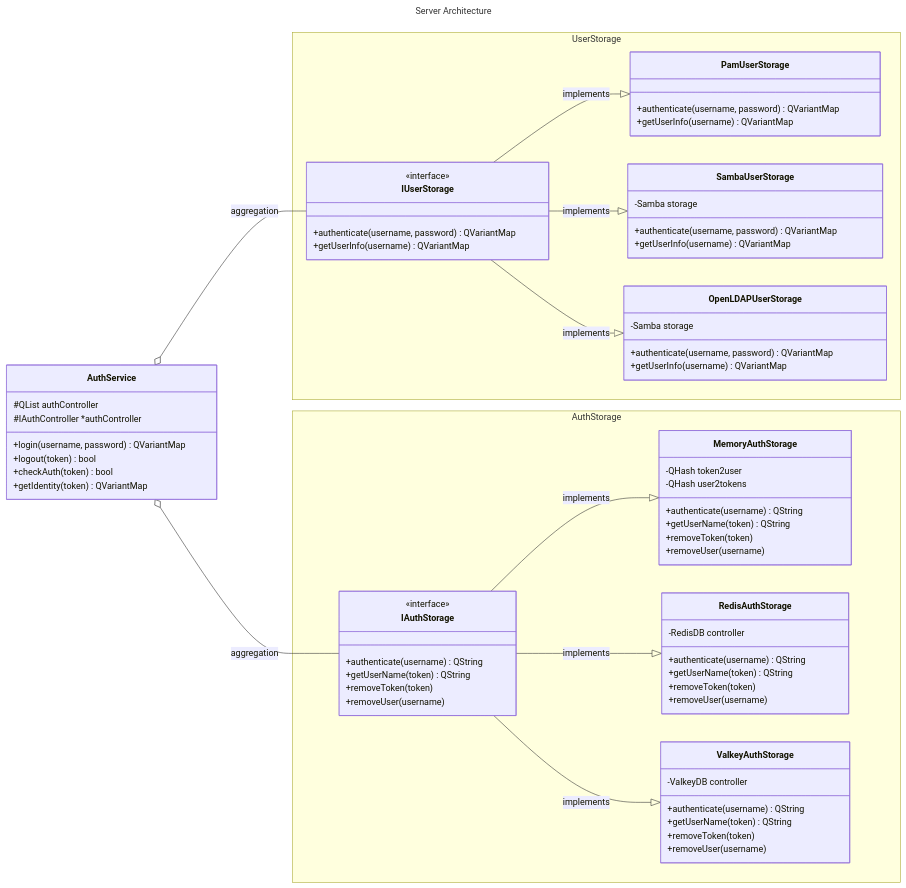
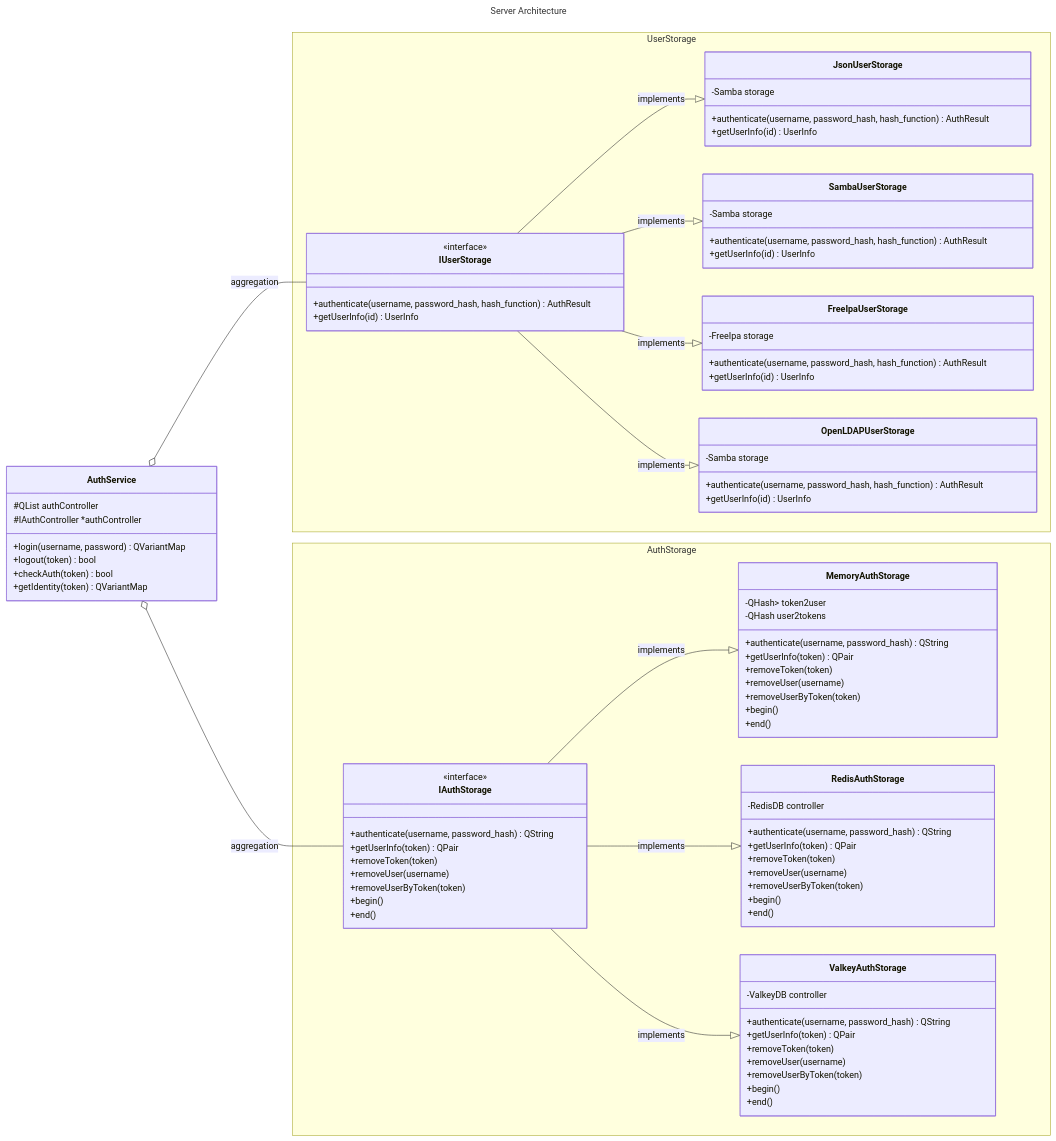
One commit to kiper220-alt/jrpc_auth changed the diagram in WIP.MD. Above: the diagram before and after it, drawn with Mermaid. The commit also changed 1 other file, not shown here.

Commit message:
wip: progress №1

````diff
--- a/WIP.MD
+++ b/WIP.MD
@@ -125,54 +125,72 @@
     namespace User Storage {
         class IUserStorage {
             <<interface>>
-            +authenticate(username, password) QVariantMap
-            +getUserInfo(username) QVariantMap
+            +authenticate(username, password_hash, hash_function) AuthResult
+            +getUserInfo(id) UserInfo
         }
-        class PamUserStorage {
-            +authenticate(username, password) QVariantMap
-            +getUserInfo(username) QVariantMap
+        class JsonUserStorage {
+            -Samba storage
+            +authenticate(username, password_hash, hash_function) AuthResult
+            +getUserInfo(id) UserInfo
         }
         class SambaUserStorage {
             -Samba storage
-            +authenticate(username, password) QVariantMap
-            +getUserInfo(username) QVariantMap
+            +authenticate(username, password_hash, hash_function) AuthResult
+            +getUserInfo(id) UserInfo
+        }
+        class FreeIpaUserStorage {
+            -FreeIpa storage
+            +authenticate(username, password_hash, hash_function) AuthResult
+            +getUserInfo(id) UserInfo
         }
         class OpenLDAPUserStorage {
             -Samba storage
-            +authenticate(username, password) QVariantMap
-            +getUserInfo(username) QVariantMap
+            +authenticate(username, password_hash, hash_function) AuthResult
+            +getUserInfo(id) UserInfo
         }
     }
 
     namespace Auth Storage {
         class IAuthStorage {
             <<interface>>
-            +authenticate(username) QString
-            +getUserName(token) QString
+            +authenticate(username, password_hash) QString
+            +getUserInfo(token) QPair<QString, QString>
             +removeToken(token)
             +removeUser(username)
+            +removeUserByToken(token)
+            +begin()
+            +end()
         }
         class MemoryAuthStorage {
-            -QHash<QString, QString> token2user
+            -QHash<QString, QPair<QString, QString>> token2user
             -QHash<QString, QStringList> user2tokens
-            +authenticate(username) QString
-            +getUserName(token) QString
+            +authenticate(username, password_hash) QString
+            +getUserInfo(token) QPair<QString, QString>
             +removeToken(token)
             +removeUser(username)
+            +removeUserByToken(token)
+            +begin()
+            +end()
         }
         class RedisAuthStorage {
             -RedisDB controller
-            +authenticate(username) QString
-            +getUserName(token) QString
+            +authenticate(username, password_hash) QString
+            +getUserInfo(token) QPair<QString, QString>
             +removeToken(token)
             +removeUser(username)
+            +removeUserByToken(token)
+            +begin()
+            +end()
         }
         class ValkeyAuthStorage {
             -ValkeyDB controller
-            +authenticate(username) QString
-            +getUserName(token) QString
+            +authenticate(username, password_hash) QString
+            +getUserInfo(token) QPair<QString, QString>
             +removeToken(token)
             +removeUser(username)
+            +removeUserByToken(token)
+            +begin()
+            +end()
         }
     }
 
@@ -181,7 +199,8 @@
     IAuthStorage --|> MemoryAuthStorage: implements
     IAuthStorage --|> RedisAuthStorage: implements
     IAuthStorage --|> ValkeyAuthStorage: implements
-    IUserStorage --|> PamUserStorage: implements
+    IUserStorage --|> JsonUserStorage: implements
     IUserStorage --|> SambaUserStorage: implements
+    IUserStorage --|> FreeIpaUserStorage: implements
     IUserStorage --|> OpenLDAPUserStorage: implements
 ```
````
